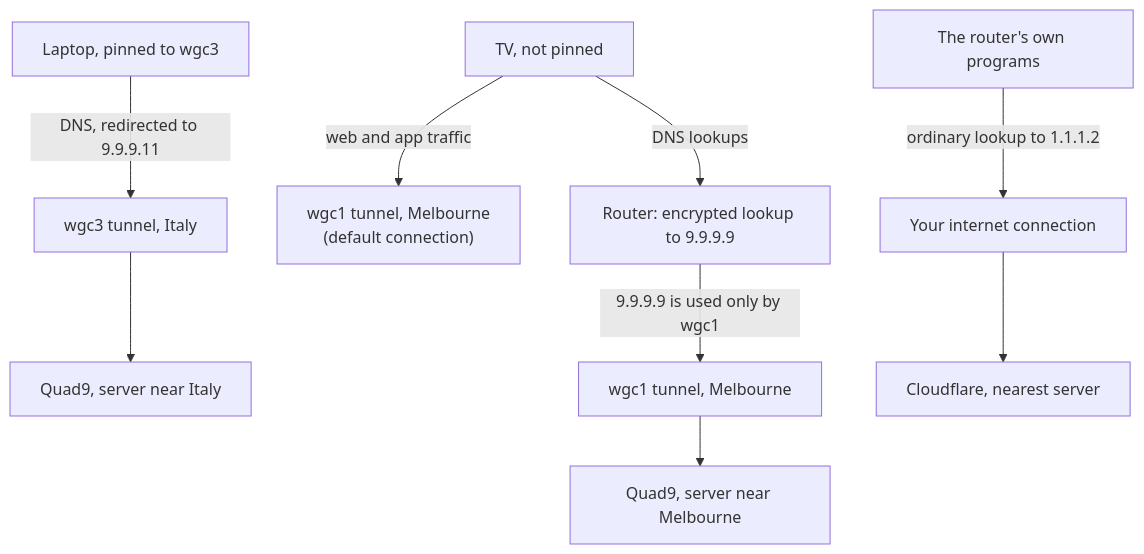
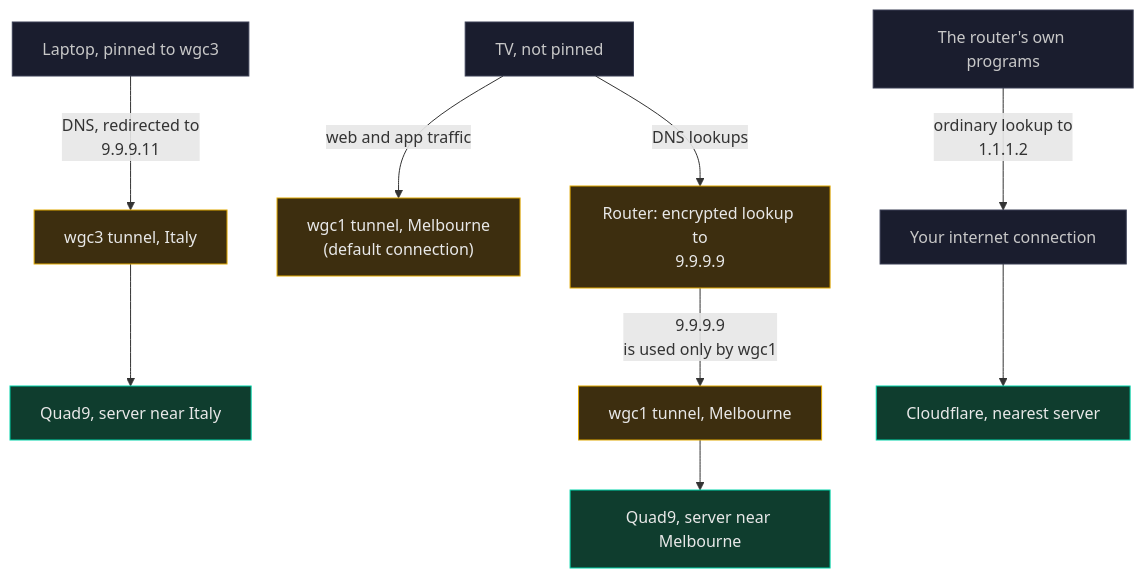
Before and after one commit to ExponentiallyDigital/cfg-pia-wg: the fourth of 5 diagrams in ROUTER-DNS.md, drawn with Mermaid. The commit also changed other lines of this file and 40 other files, not shown here.

````diff
--- a/ROUTER-DNS.md
+++ b/ROUTER-DNS.md
@@ -157,8 +187,16 @@
 ```mermaid
 flowchart TB
-  L["Laptop, pinned to wgc3"] -- "DNS, redirected to 9.9.9.11" --> W3["wgc3 tunnel, Italy"] --> QE["Quad9, server near Italy"]
+  L["Laptop, pinned to wgc3"] -- "DNS, redirected to<br>9.9.9.11" --> W3["wgc3 tunnel, Italy"] --> QE["Quad9, server near Italy"]
   TV["TV, not pinned"] -- "web and app traffic" --> W1T["wgc1 tunnel, Melbourne<br/>(default connection)"]
-  TV -- "DNS lookups" --> SB["Router: encrypted lookup to 9.9.9.9"]
-  SB -- "9.9.9.9 is used only by wgc1" --> W1D["wgc1 tunnel, Melbourne"] --> QM["Quad9, server near Melbourne"]
-  RP["The router's own programs"] -- "ordinary lookup to 1.1.1.2" --> NET["Your internet connection"] --> CFS["Cloudflare, nearest server"]
+  TV -- "DNS lookups" --> SB["Router: encrypted lookup to<br>9.9.9.9"]
+  SB -- "9.9.9.9<br>is used only by wgc1" --> W1D["wgc1 tunnel, Melbourne"] --> QM["Quad9, server near Melbourne"]
+  RP["The router's own programs"] -- "ordinary lookup to<br>1.1.1.2" --> NET["Your internet connection"] --> CFS["Cloudflare, nearest server"]
+
+  classDef go fill:#0F3D2E,stroke:#00D4AA,color:#E8E8E8
+  classDef bad fill:#3D1A1A,stroke:#E05252,color:#E8E8E8
+  classDef work fill:#3D2E0F,stroke:#E0A800,color:#E8E8E8
+  classDef step fill:#1A1D2E,stroke:#3A3F55,color:#C8C8C8
+  class L,TV,RP,NET step
+  class W3,W1T,W1D,SB work
+  class QE,QM,CFS go
 ```
````
